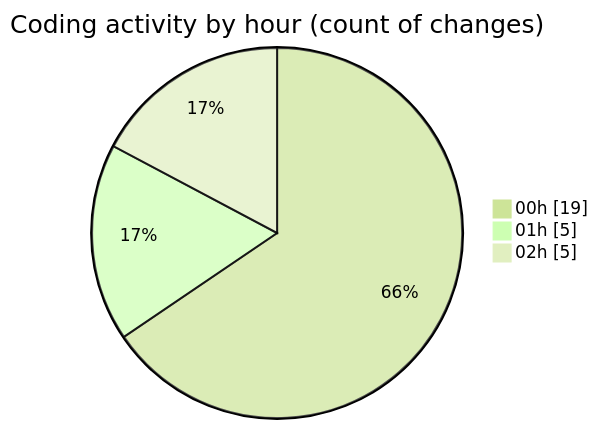
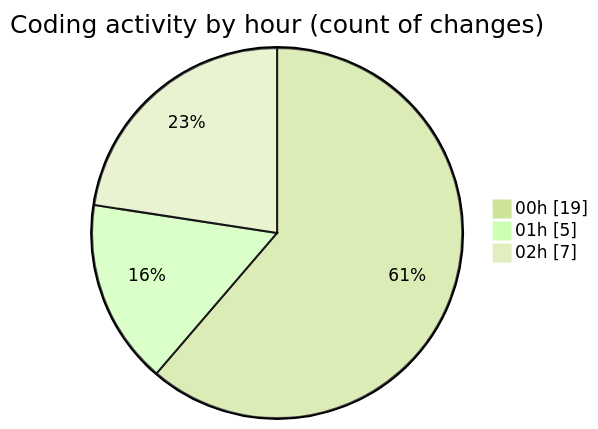
Before and after one commit to Elitesun/code-tracking: the second of 2 diagrams in 2025-02-14/elitegpt/README.md, drawn with Mermaid (forest theme). The commit also changed other lines of this file and 1 other file, not shown here.

````diff
--- a/2025-02-14/elitegpt/README.md
+++ b/2025-02-14/elitegpt/README.md
@@ -32,7 +32,7 @@
 ```mermaid
 pie showData
 title Coding activity by hour (count of changes)
 "00h" : 19
 "01h" : 5
-"02h" : 5
+"02h" : 7
 ```
````
